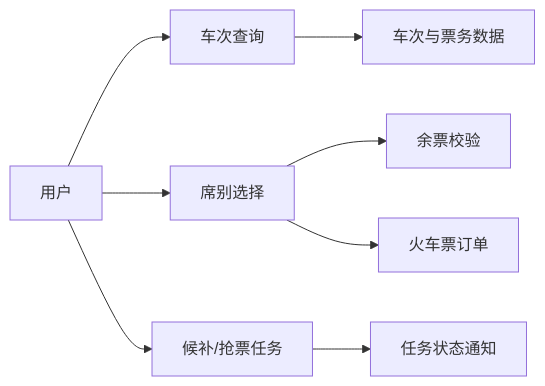
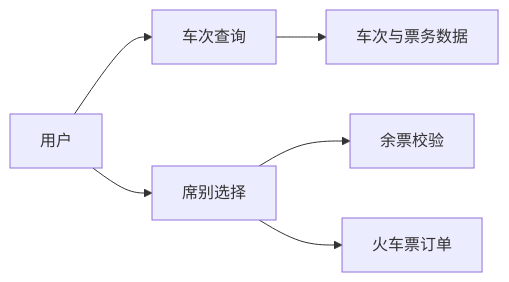
One commit to QzlabQ/TravelOn changed the sixth of 15 diagrams in docs/需求规格.md. Above: the diagram before and after it, drawn with Mermaid. The commit also changed other lines of this file and 3 other files, not shown here.

````diff
--- a/docs/需求规格.md
+++ b/docs/需求规格.md
@@ -212,10 +214,8 @@
 ```mermaid
 flowchart LR
     User["用户"] --> TrainSearch["车次查询"]
     TrainSearch --> TrainData["车次与票务数据"]
     User --> Seat["席别选择"]
     Seat --> Availability["余票校验"]
-    User --> Waitlist["候补/抢票任务"]
-    Waitlist --> Notice["任务状态通知"]
     Seat --> TrainOrder["火车票订单"]
 ```
````
